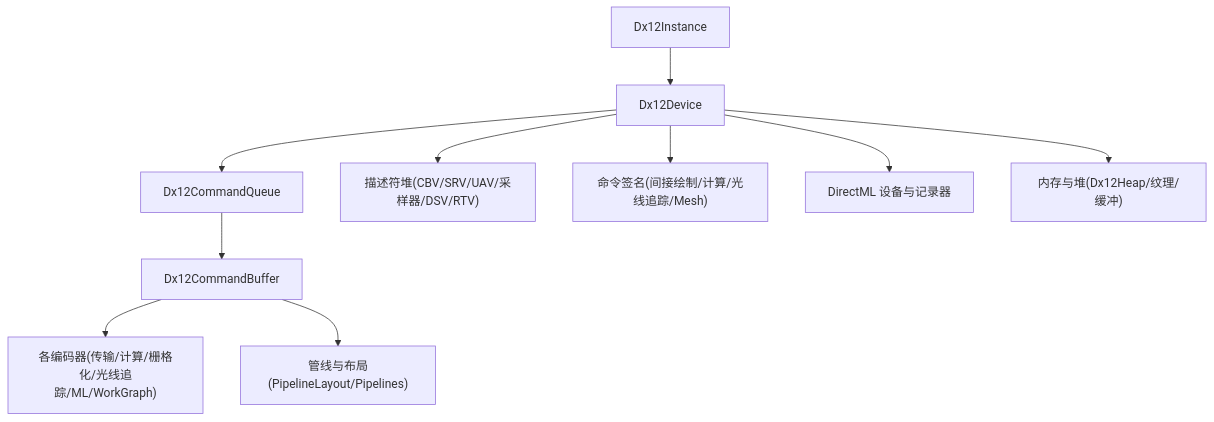
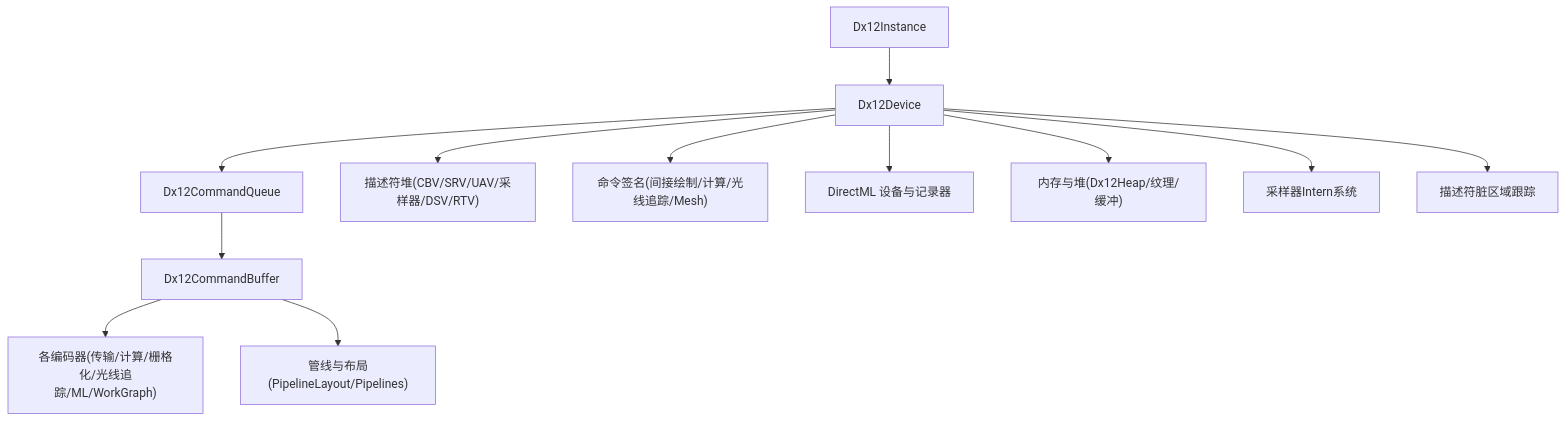
One commit to haolange/SharpGPU changed the first of 10 diagrams in .qoder/repowiki/zh/content/后端实现/DirectX 12 后端.md. Above: the diagram before and after it, drawn with Mermaid. The commit also changed other lines of this file and 4 other files, not shown here.

````diff
--- a/.qoder/repowiki/zh/content/后端实现/DirectX 12 后端.md
+++ b/.qoder/repowiki/zh/content/后端实现/DirectX 12 后端.md
@@ -38,12 +49,14 @@
 ```mermaid
 graph TB
 A["Dx12Instance"] --> B["Dx12Device"]
 B --> C["Dx12CommandQueue"]
 C --> D["Dx12CommandBuffer"]
 D --> E["各编码器(传输/计算/栅格化/光线追踪/ML/WorkGraph)"]
 B --> F["描述符堆(CBV/SRV/UAV/采样器/DSV/RTV)"]
 B --> G["命令签名(间接绘制/计算/光线追踪/Mesh)"]
 B --> H["DirectML 设备与记录器"]
 B --> I["内存与堆(Dx12Heap/纹理/缓冲)"]
 D --> J["管线与布局(PipelineLayout/Pipelines)"]
+B --> K["采样器Intern系统"]
+B --> L["描述符脏区域跟踪"]
 ```
````
